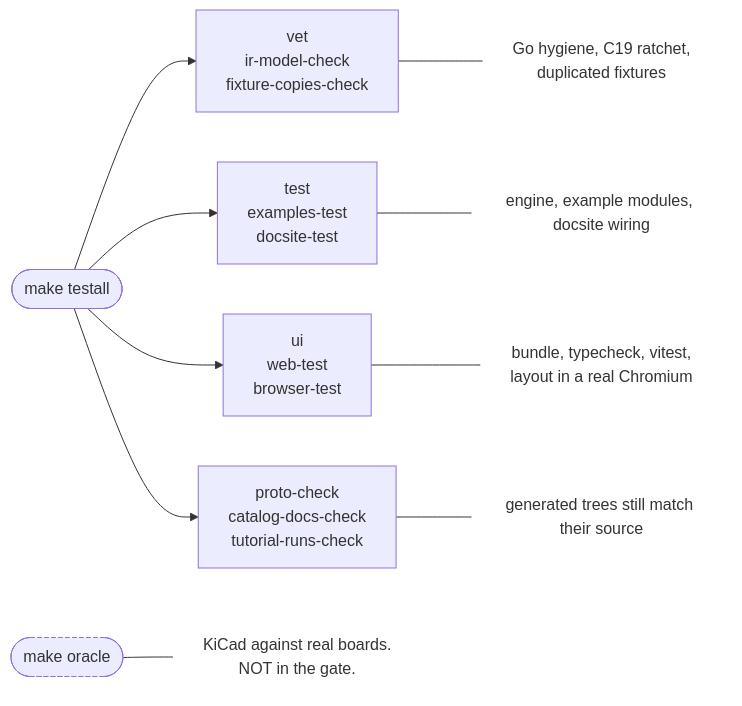
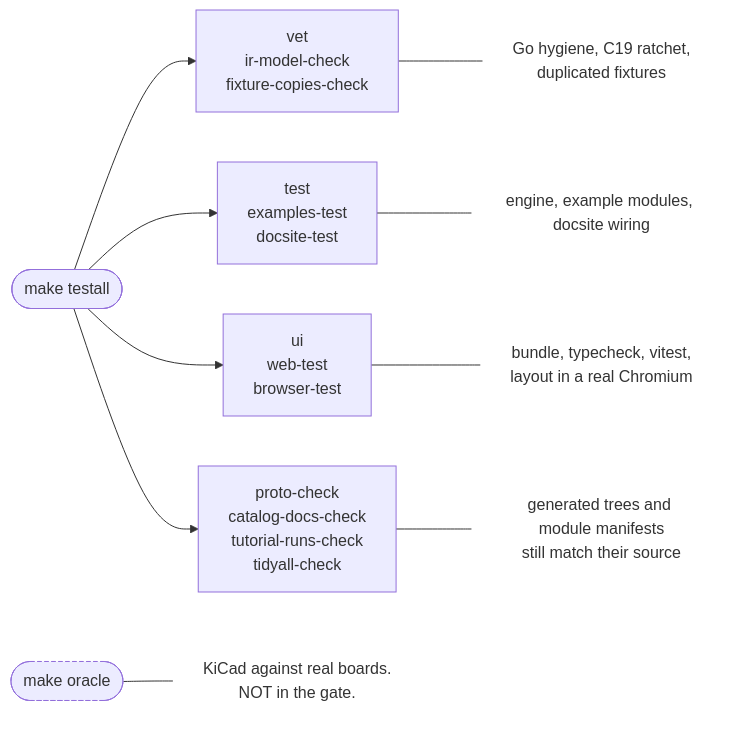
The first of 3 diagrams in docsite/content/build/the-gate.md (panyam/agni), drawn with Mermaid before and after one commit. The commit also changed other lines of this file and 3 other files, not shown here.

````diff
--- a/docsite/content/build/the-gate.md
+++ b/docsite/content/build/the-gate.md
@@ -8,17 +8,17 @@
 ```mermaid
 flowchart LR
     T(["make testall"])
     T --> V["vet<br/>ir-model-check<br/>fixture-copies-check"]
     T --> E["test<br/>examples-test<br/>docsite-test"]
     T --> W["ui<br/>web-test<br/>browser-test"]
-    T --> G["proto-check<br/>catalog-docs-check<br/>tutorial-runs-check"]
+    T --> G["proto-check<br/>catalog-docs-check<br/>tutorial-runs-check<br/>tidyall-check"]
     V --- Vn["Go hygiene, C19 ratchet,<br/>duplicated fixtures"]
     E --- En["engine, example modules, docsite wiring"]
     W --- Wn["bundle, typecheck, vitest,<br/>layout in a real Chromium"]
-    G --- Gn["generated trees still match their source"]
+    G --- Gn["generated trees and module manifests<br/>still match their source"]
     O(["make oracle"]) --- On["KiCad against real boards.<br/>NOT in the gate."]
     classDef note fill:none,stroke:none;
     classDef out stroke-dasharray: 4 3;
     class Vn,En,Wn,Gn,On note;
     class O,On out;
 ```
````
